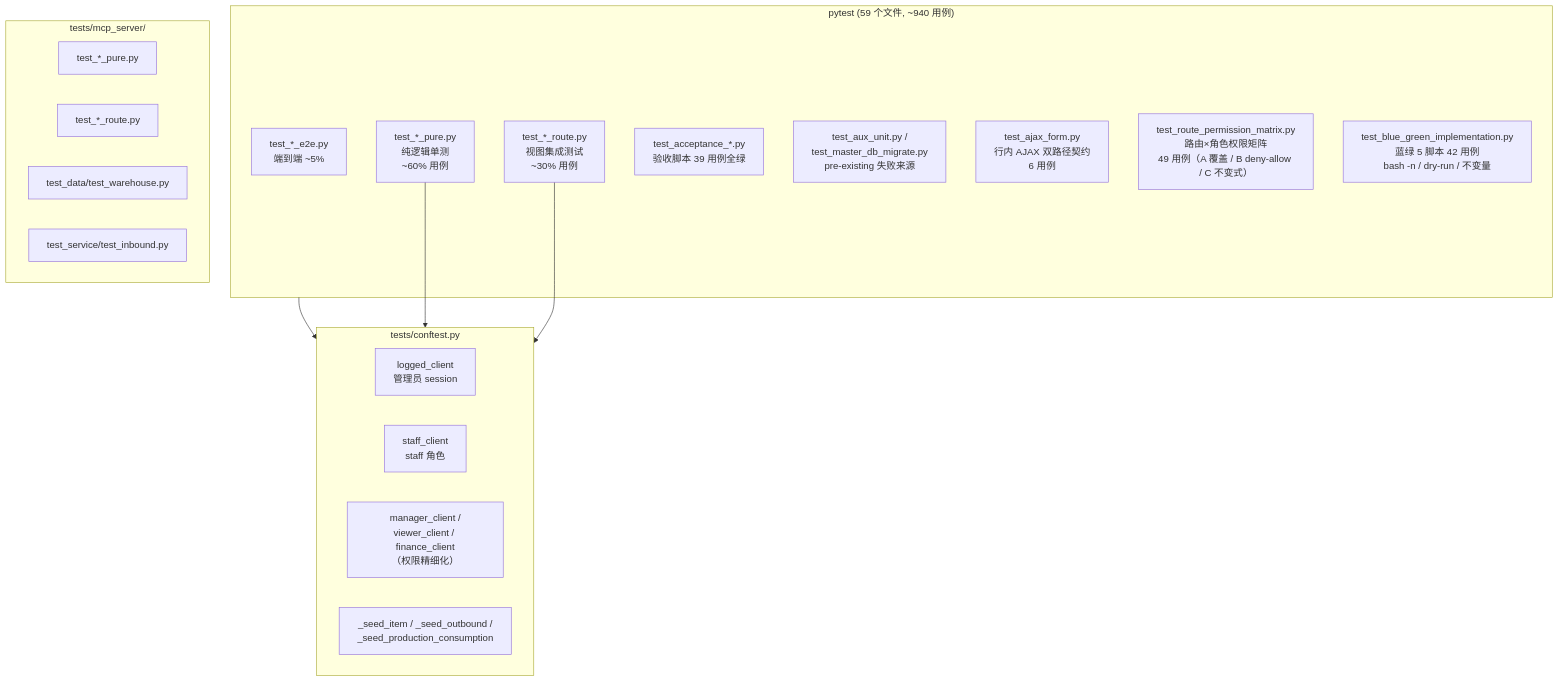
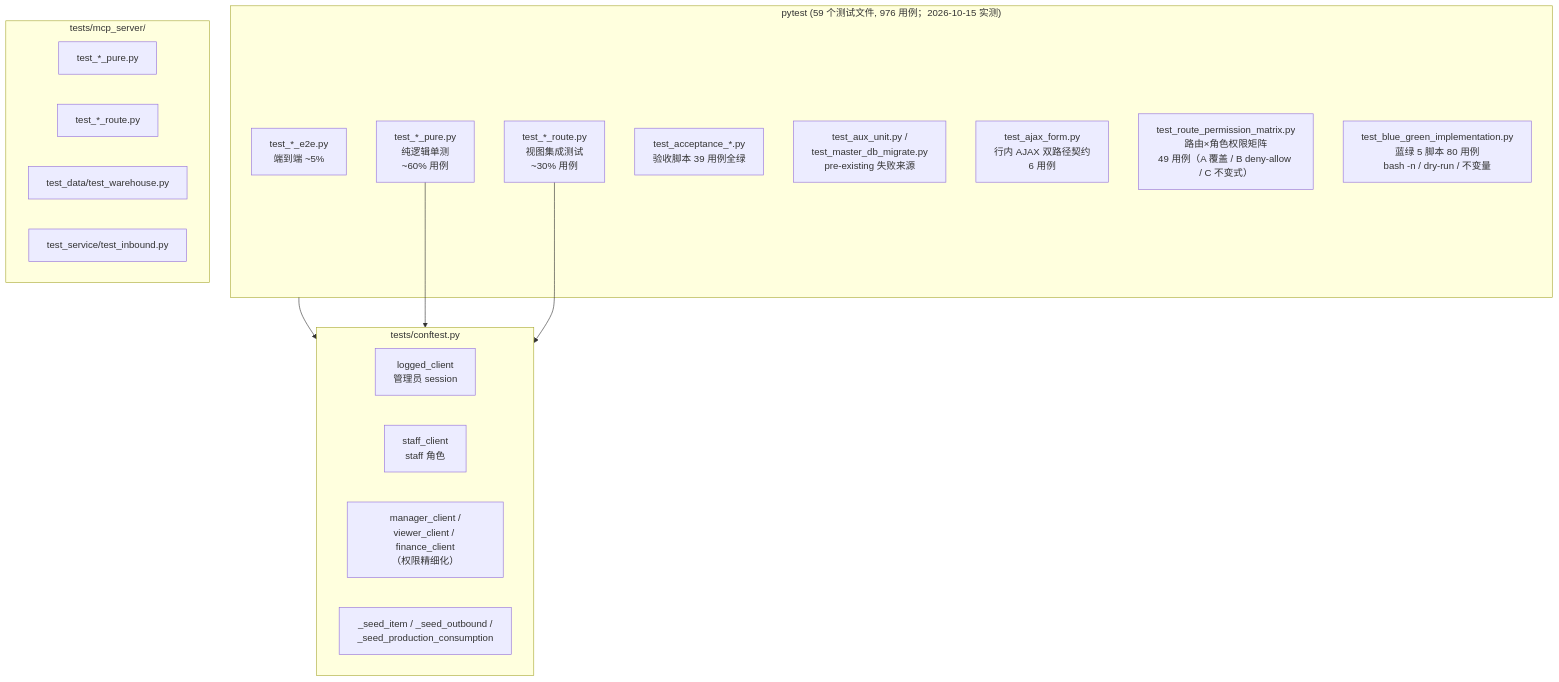
Before and after one commit to ericmr1981/DailyCheck: diagram 17 of 17 in docs/ARCHITECTURE.md, drawn with Mermaid. The commit also changed other lines of this file and 7 other files, not shown here.

````diff
--- a/docs/ARCHITECTURE.md
+++ b/docs/ARCHITECTURE.md
@@ -884,31 +885,31 @@
 ```mermaid
 flowchart TB
-    subgraph Pytest["pytest (59 个文件, ~940 用例)"]
+    subgraph Pytest["pytest (59 个测试文件, 976 用例；2026-10-15 实测)"]
         Pure["test_*_pure.py<br/>纯逻辑单测<br/>~60% 用例"]
         Route["test_*_route.py<br/>视图集成测试<br/>~30% 用例"]
         E2E["test_*_e2e.py<br/>端到端 ~5%"]
         Acceptance["test_acceptance_*.py<br/>验收脚本 39 用例全绿"]
         Aux["test_aux_unit.py /<br/>test_master_db_migrate.py<br/>pre-existing 失败来源"]
         Ajax["test_ajax_form.py<br/>行内 AJAX 双路径契约<br/>6 用例"]
         Perm["test_route_permission_matrix.py<br/>路由×角色权限矩阵<br/>49 用例（A 覆盖 / B deny-allow / C 不变式）"]
-        BlueGreen["test_blue_green_implementation.py<br/>蓝绿 5 脚本 42 用例<br/>bash -n / dry-run / 不变量"]
+        BlueGreen["test_blue_green_implementation.py<br/>蓝绿 5 脚本 80 用例<br/>bash -n / dry-run / 不变量"]
     end
 
     subgraph Conftest["tests/conftest.py"]
         LoggedClient["logged_client<br/>管理员 session"]
         StaffClient["staff_client<br/>staff 角色"]
         RoleClients["manager_client /<br/>viewer_client / finance_client<br/>（权限精细化）"]
         SeedHelpers["_seed_item / _seed_outbound /<br/>_seed_production_consumption"]
     end
 
     subgraph MCPTest["tests/mcp_server/"]
         MCPPure["test_*_pure.py"]
         MCPRoute["test_*_route.py"]
         MCPData["test_data/test_warehouse.py"]
         MCPService["test_service/test_inbound.py"]
     end
 
     Pytest --> Conftest
     Pure --> Conftest
     Route --> Conftest
 ```
````
